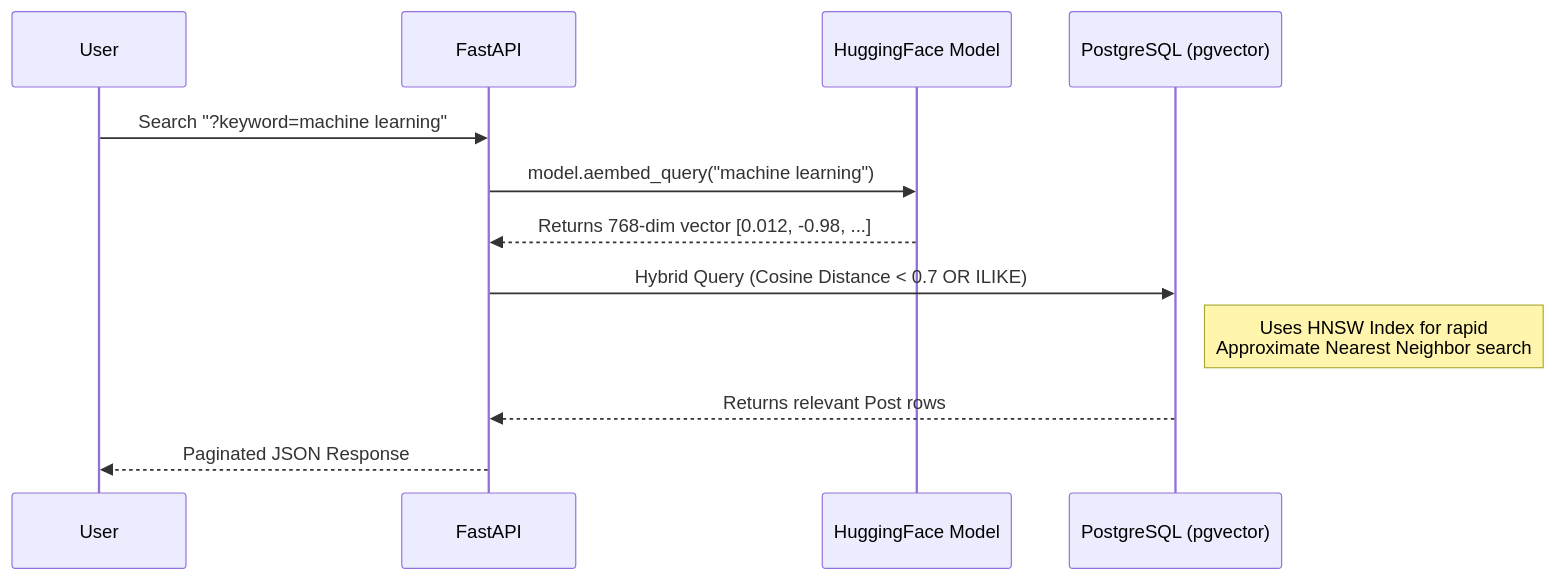
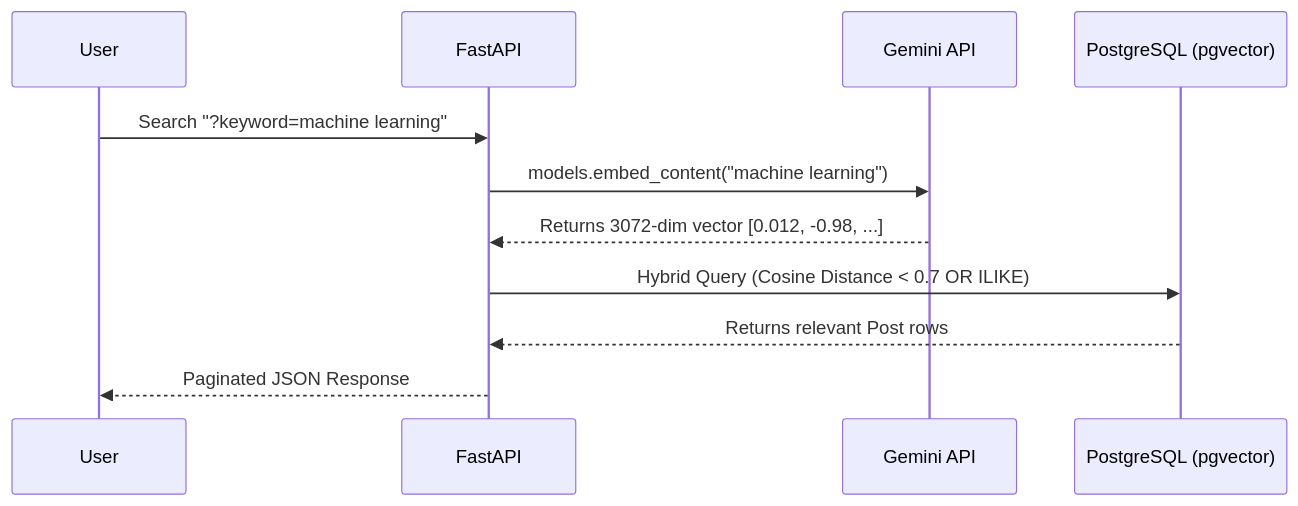
The second of 2 diagrams in README.md (Shreyansh-kushw/Orbit), drawn with Mermaid before and after one commit. The commit also changed other lines of this file, not shown here.

````diff
--- a/README.md
+++ b/README.md
@@ -214,15 +215,14 @@
 ```mermaid
 sequenceDiagram
     participant User
     participant FastAPI
-    participant HuggingFace Model
+    participant Gemini API
     participant PostgreSQL (pgvector)
     
     User->>FastAPI: Search "?keyword=machine learning"
-    FastAPI->>HuggingFace Model: model.aembed_query("machine learning")
-    HuggingFace Model-->>FastAPI: Returns 768-dim vector [0.012, -0.98, ...]
+    FastAPI->>Gemini API: models.embed_content("machine learning")
+    Gemini API-->>FastAPI: Returns 3072-dim vector [0.012, -0.98, ...]
     FastAPI->>PostgreSQL (pgvector): Hybrid Query (Cosine Distance < 0.7 OR ILIKE)
-    Note right of PostgreSQL (pgvector): Uses HNSW Index for rapid<br>Approximate Nearest Neighbor search
     PostgreSQL (pgvector)-->>FastAPI: Returns relevant Post rows
     FastAPI-->>User: Paginated JSON Response
 ```
````
